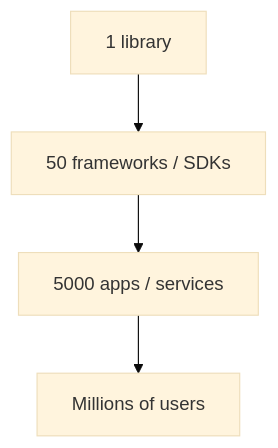
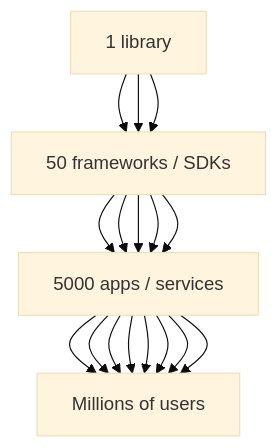
Before and after one commit to alchemmist/eosp: the second of 3 diagrams in slides/02-lecture.en.md, drawn with Mermaid (base theme). The commit also changed other lines of this file and 5 other files, not shown here.

````diff
--- a/slides/02-lecture.en.md
+++ b/slides/02-lecture.en.md
@@ -127,6 +108,19 @@
 ```mermaid
 flowchart TD
     L[1 library] --> F[50 frameworks / SDKs]
+    L --> F
+    L --> F
     F --> A[5000 apps / services]
+    F --> A
+    F --> A
+    F --> A
+    F --> A
     A --> U[Millions of users]
+    A --> U
+    A --> U
+    A --> U
+    A --> U
+    A --> U
+    A --> U
+    A --> U
 ```
````
